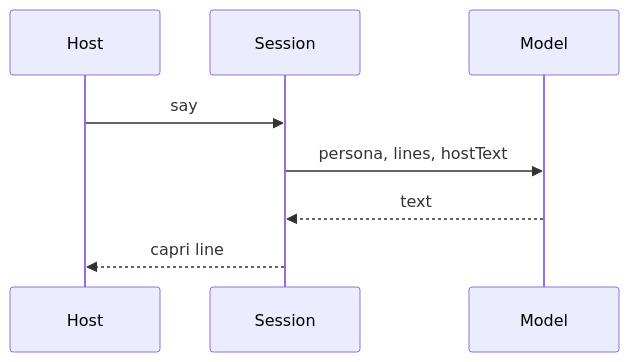
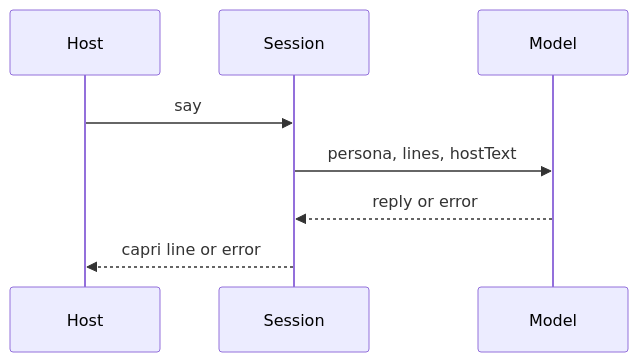
One commit to ItsYuma/Caprice changed the second of 2 diagrams in docs/architecture.md. Above: the diagram before and after it, drawn with Mermaid. The commit also changed other lines of this file and 10 other files, not shown here.

````diff
--- a/docs/architecture.md
+++ b/docs/architecture.md
@@ -33,10 +33,10 @@
 ```mermaid
 sequenceDiagram
   participant Host
   participant Session
   participant Model
   Host->>Session: say
   Session->>Model: persona, lines, hostText
-  Model-->>Session: text
-  Session-->>Host: capri line
+  Model-->>Session: reply or error
+  Session-->>Host: capri line or error
 ```
````
